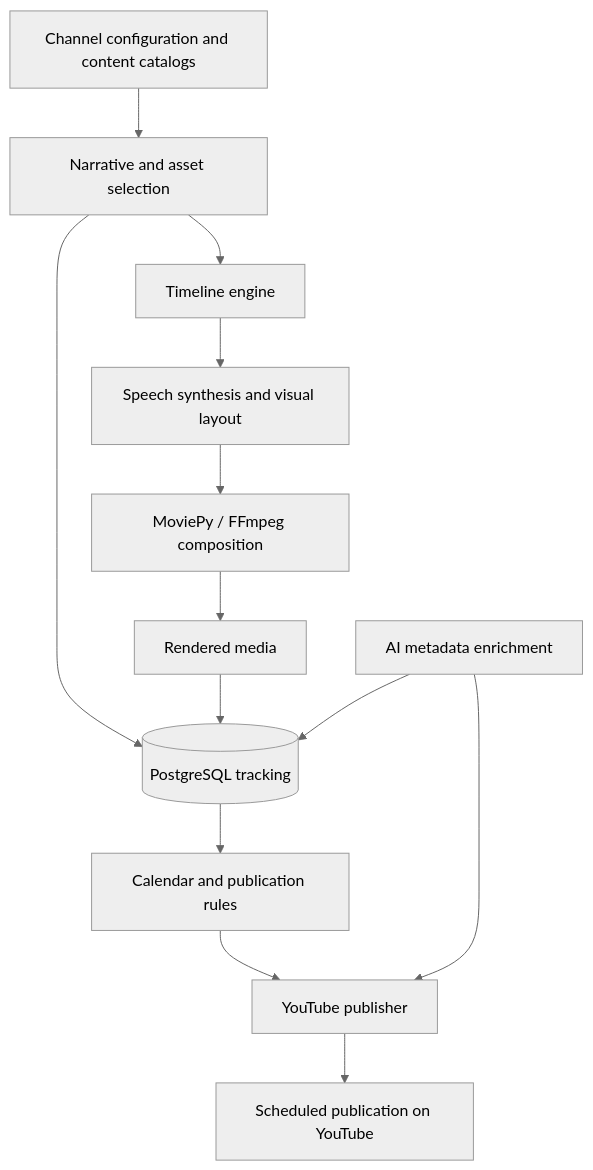
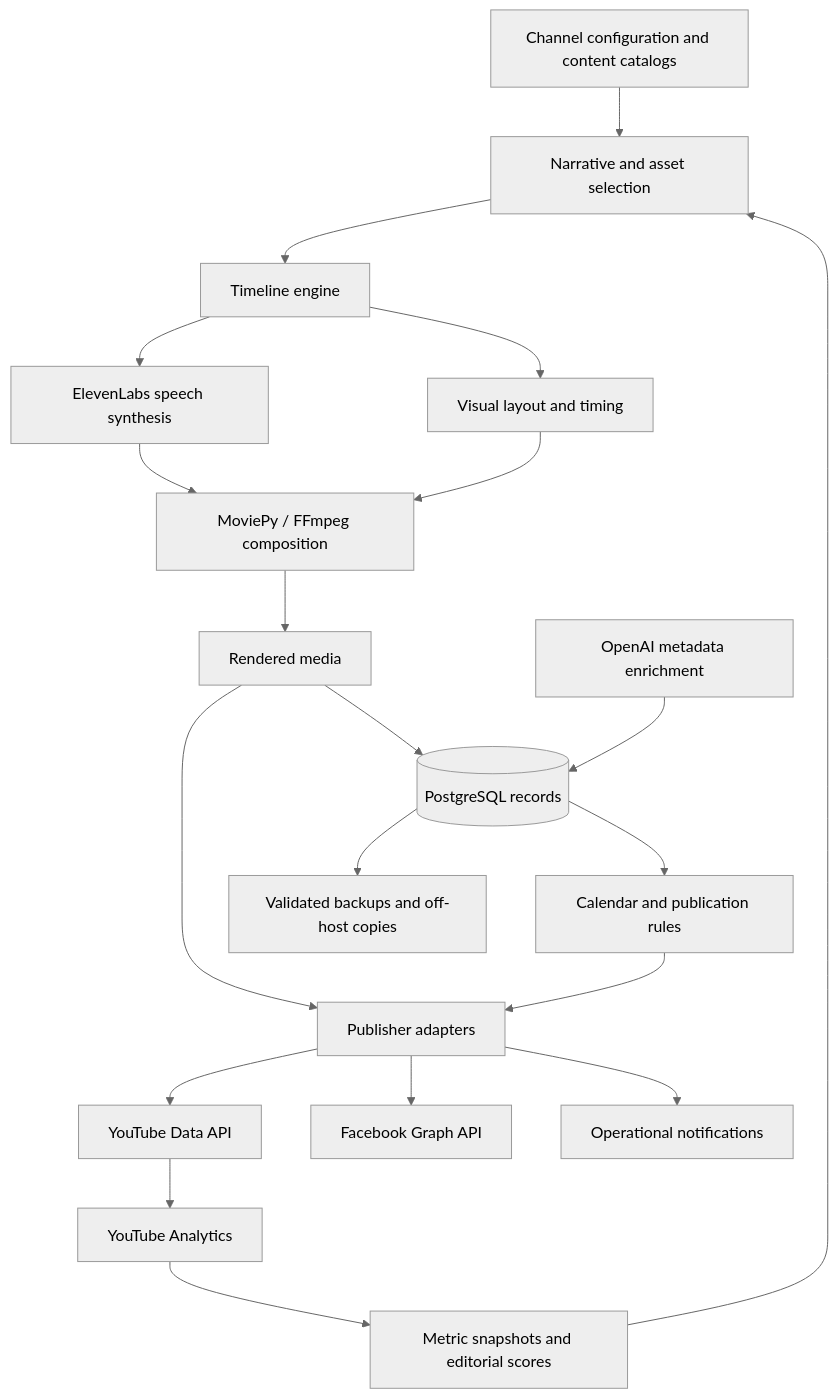
Before and after one commit to RodrigoGuerraCortes/portfolio-ai-content-automatio: the diagram in docs/architecture.md, drawn with Mermaid (neutral theme). The commit also changed other lines of this file, not shown here.

Commit message:
docs: consolidate production evidence — docs/architecture.md

````diff
--- a/docs/architecture.md
+++ b/docs/architecture.md
@@ -5,15 +5,22 @@
 ```mermaid
 flowchart TD
  A[Channel configuration and content catalogs] --> B[Narrative and asset selection]
  B --> C[Timeline engine]
- C --> D[Speech synthesis and visual layout]
- D --> E[MoviePy / FFmpeg composition]
- E --> F[Rendered media]
- B --> G[(PostgreSQL tracking)]
- F --> G
- G --> H[Calendar and publication rules]
- H --> I[YouTube publisher]
- J[AI metadata enrichment] --> G
- J --> I
- I --> K[Scheduled publication on YouTube]
+ C --> D[ElevenLabs speech synthesis]
+ C --> E[Visual layout and timing]
+ D --> F[MoviePy / FFmpeg composition]
+ E --> F
+ F --> G[Rendered media]
+ G --> H[(PostgreSQL records)]
+ I[OpenAI metadata enrichment] --> H
+ H --> J[Calendar and publication rules]
+ G --> K[Publisher adapters]
+ J --> K
+ K --> L[YouTube Data API]
+ K --> M[Facebook Graph API]
+ L --> N[YouTube Analytics]
+ N --> O[Metric snapshots and editorial scores]
+ O --> B
+ K --> P[Operational notifications]
+ H --> Q[Validated backups and off-host copies]
 ```
````
